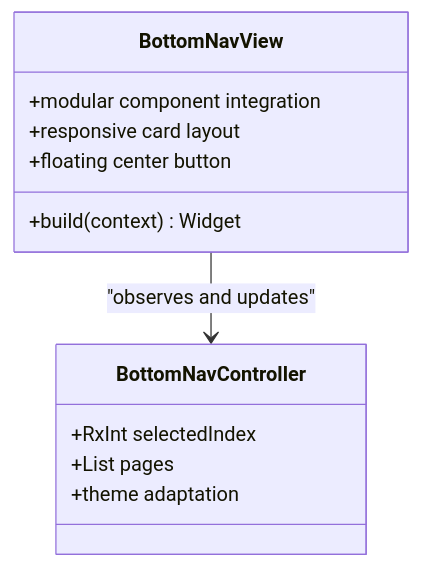
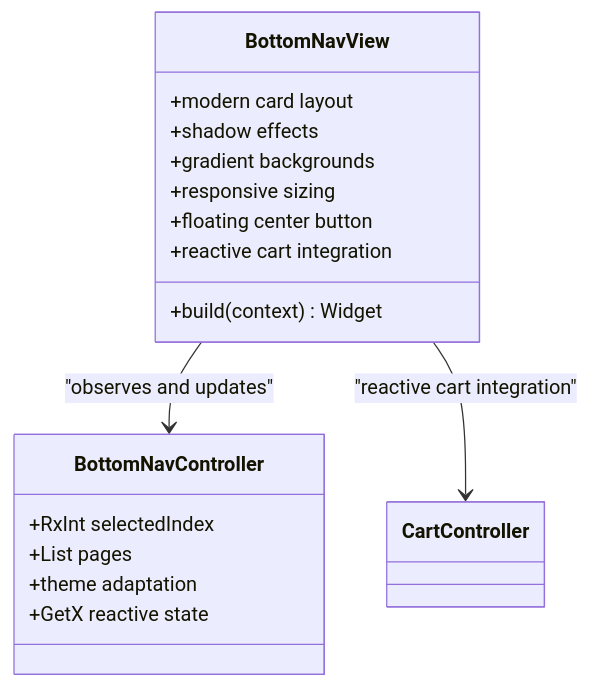
One commit to Ariful3111/FurniGo changed the third of 11 diagrams in .qoder/repowiki/en/content/Core Features/Dashboard and Navigation.md. Above: the diagram before and after it, drawn with Mermaid. The commit also changed other lines of this file and 3 other files, not shown here.

````diff
--- a/.qoder/repowiki/en/content/Core Features/Dashboard and Navigation.md
+++ b/.qoder/repowiki/en/content/Core Features/Dashboard and Navigation.md
@@ -191,15 +191,20 @@
 ```mermaid
 classDiagram
 class BottomNavView {
 +build(context) Widget
-+modular component integration
-+responsive card layout
++modern card layout
++shadow effects
++gradient backgrounds
++responsive sizing
 +floating center button
++reactive cart integration
 }
 class BottomNavController {
 +RxInt selectedIndex
 +List pages
 +theme adaptation
++GetX reactive state
 }
 BottomNavView --> BottomNavController : "observes and updates"
+BottomNavView --> CartController : "reactive cart integration"
 ```
````
